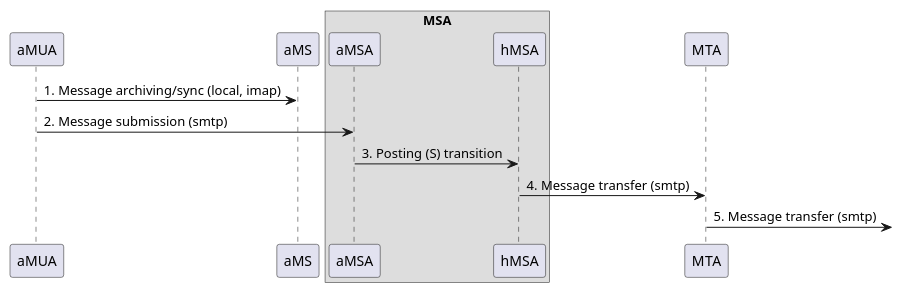
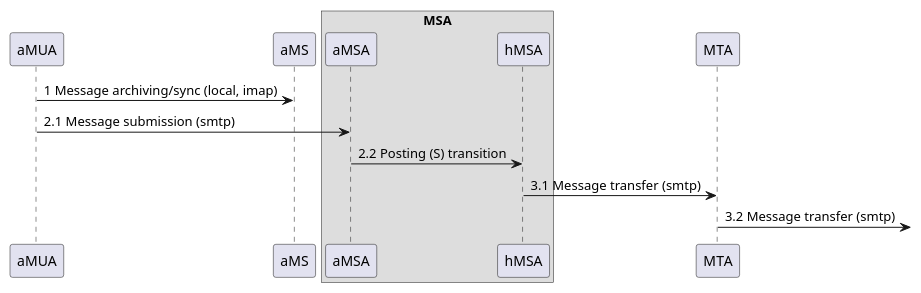
Before and after one commit to federizer/federizer: the diagram in docs/resources/rfc5598_sd_I.puml, drawn with PlantUML. The commit also changed 6 other files, not shown here.

```diff
--- a/docs/resources/rfc5598_sd_I.puml
+++ b/docs/resources/rfc5598_sd_I.puml
@@ -1,36 +1,36 @@
 @startuml Internet Mail Architecture (rfc5598), message flow part I.
 
 /'
 Message
 Message User Agent (MUA)
     Author MUA (aMUA)
     Recipient MUA (rMUA)
 Message Submission Agent (MSA)
     Author-focused MSA functions (aMSA)
     MHS-focused MSA functions (hMSA)
 Message Transfer Agent (MTA)
 Message Delivery Agent (MDA)
     Recipient-focused MDA functions (rMDA)
     MHS-focused MDA functions (hMDA)
 Message Store (MS)
     Author MS (aMS)
     Recipient MS (rMS)
     User Agent MS (uMS)
 '/
 
 'ADMD I.
 participant "aMUA" as aMUA /'MUA, uMS optional'/
 participant "aMS" as aMS /'Author MS'/
 box "MSA"
 participant "aMSA" as aMSA /'Author-focused MSA'/
 participant "hMSA" as hMSA /'MHS-focused MSA'/
 end box
 participant "MTA" as MTA /'MTA'/
 
-aMUA -> aMS : 1. Message archiving/sync (local, imap)
-aMUA -> aMSA : 2. Message submission (smtp)
-aMSA -> hMSA : 3. Posting (S) transition
-hMSA -> MTA : 4. Message transfer (smtp)
-MTA ->] : 5. Message transfer (smtp)
+aMUA -> aMS : 1 Message archiving/sync (local, imap)
+aMUA -> aMSA : 2.1 Message submission (smtp)
+aMSA -> hMSA : 2.2 Posting (S) transition
+hMSA -> MTA : 3.1 Message transfer (smtp)
+MTA ->] : 3.2 Message transfer (smtp)
 
 @enduml
```
